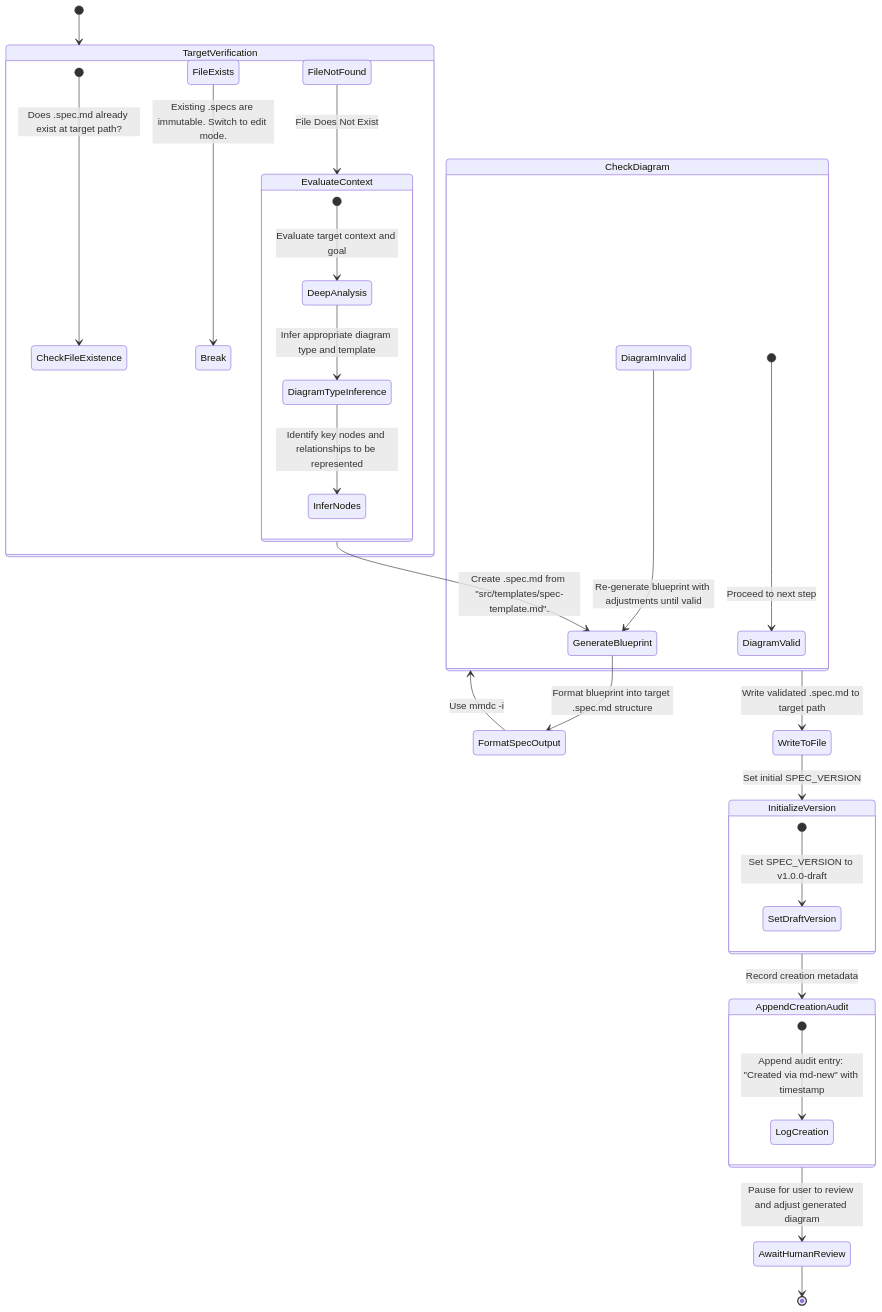
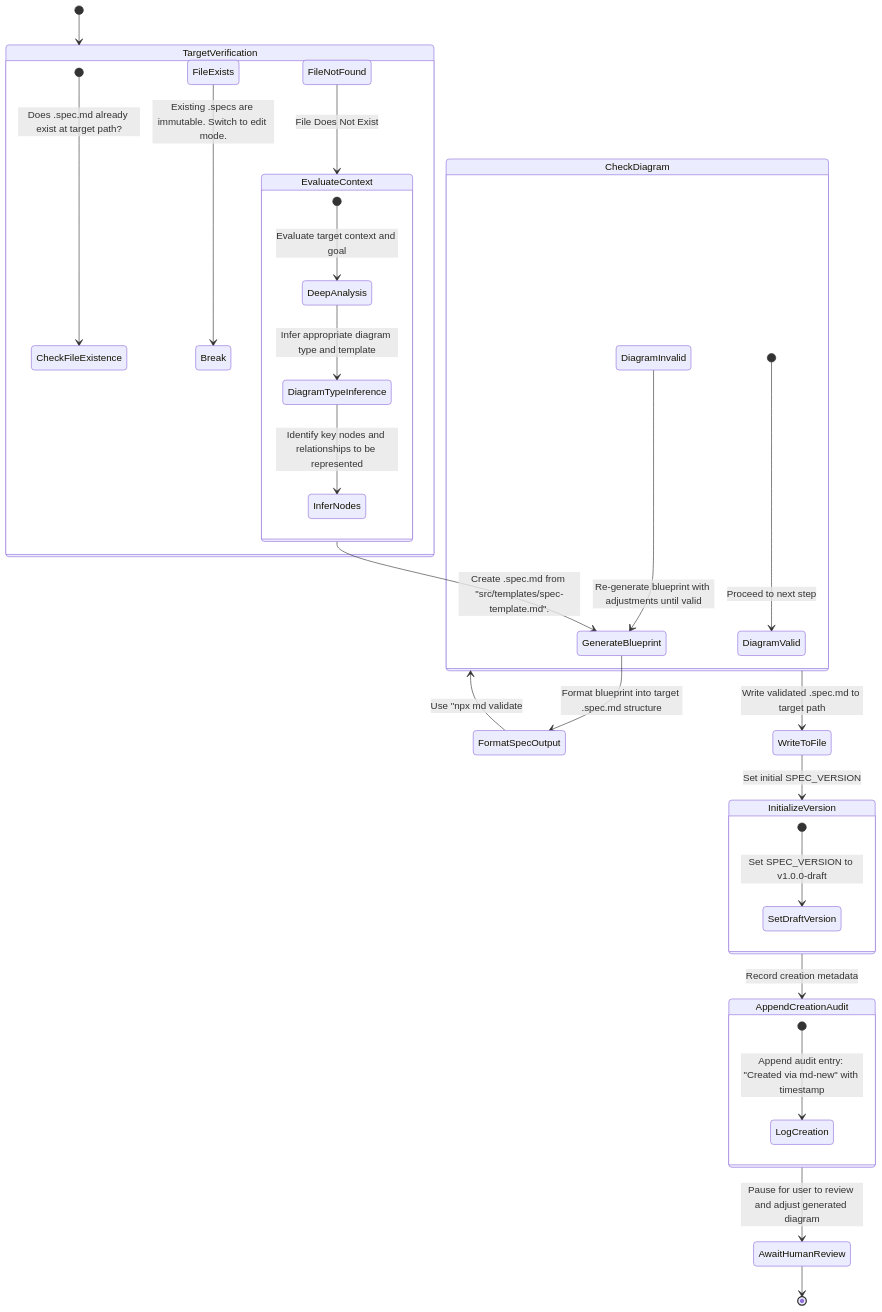
Before and after one commit to JulioCRFilho/mermaid-diagram-driven-development: the diagram in .agents/skills/md-new/SKILL.md, drawn with Mermaid. The commit also changed 10 other files, not shown here.

First line of the commit message:
feat(cli): add `md validate` command for Mermaid diagram validation

````diff
--- a/.agents/skills/md-new/SKILL.md
+++ b/.agents/skills/md-new/SKILL.md
@@ -3,42 +3,42 @@
 ```mermaid
 %% @spec-version v1.3.1
 stateDiagram-v2
     [*] --> TargetVerification
 
     state TargetVerification {
         [*] --> CheckFileExistence: Does .spec.md already exist at target path?
         FileExists --> Break: Existing .specs are immutable. Switch to edit mode.
         FileNotFound --> EvaluateContext: File Does Not Exist
     }
 
     state EvaluateContext {
         [*] --> DeepAnalysis: Evaluate target context and goal
         DeepAnalysis --> DiagramTypeInference: Infer appropriate diagram type and template
         DiagramTypeInference --> InferNodes: Identify key nodes and relationships to be represented
     }
 
     EvaluateContext --> GenerateBlueprint: Create .spec.md from "src/templates/spec-template.md".
     GenerateBlueprint --> FormatSpecOutput: Format blueprint into target .spec.md structure
-    FormatSpecOutput --> CheckDiagram: Use mmdc -i <path/to/diagram.md> --checkSyntax to validate diagram syntax
+    FormatSpecOutput --> CheckDiagram: Use "npx md validate <path/to/spec.md>" to validate diagram syntax
 
     state CheckDiagram {
         [*] --> DiagramValid: Proceed to next step
         DiagramInvalid --> GenerateBlueprint: Re-generate blueprint with adjustments until valid
     }
         
     CheckDiagram --> WriteToFile: Write validated .spec.md to target path
     WriteToFile --> InitializeVersion: Set initial SPEC_VERSION
 
     state InitializeVersion {
         [*] --> SetDraftVersion: Set SPEC_VERSION to v1.0.0-draft
     }
 
     InitializeVersion --> AppendCreationAudit: Record creation metadata
 
     state AppendCreationAudit {
         [*] --> LogCreation: Append audit entry: "Created via md-new" with timestamp
     }
 
     AppendCreationAudit --> AwaitHumanReview: Pause for user to review and adjust generated diagram
     AwaitHumanReview --> [*]
 ```
````
